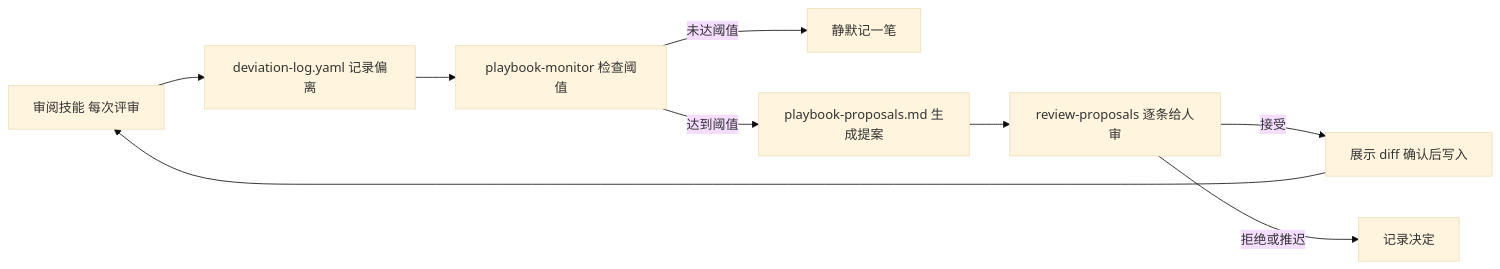
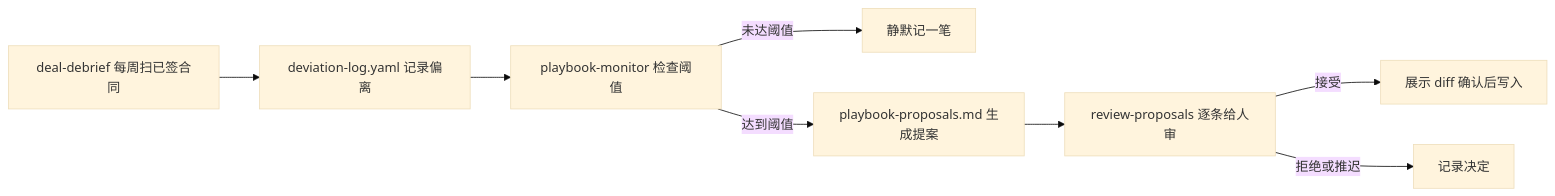
One commit to diguike/book-source-reading changed the fifth of 7 diagrams in book/08-claude-for-legal.md. Above: the diagram before and after it, drawn with Mermaid (base theme). The commit also changed other lines of this file and 27 other files, not shown here.

````diff
--- a/book/08-claude-for-legal.md
+++ b/book/08-claude-for-legal.md
@@ -491,11 +491,10 @@
 ```mermaid
 flowchart LR
-    R[审阅技能 每次评审] --> D[deviation-log.yaml 记录偏离]
+    R[deal-debrief 每周扫已签合同] --> D[deviation-log.yaml 记录偏离]
     D --> M[playbook-monitor 检查阈值]
     M -- 未达阈值 --> S[静默记一笔]
     M -- 达到阈值 --> P[playbook-proposals.md 生成提案]
     P --> U[review-proposals 逐条给人审]
     U -- 接受 --> W[展示 diff 确认后写入]
     U -- 拒绝或推迟 --> L[记录决定]
-    W --> R
 ```
````
